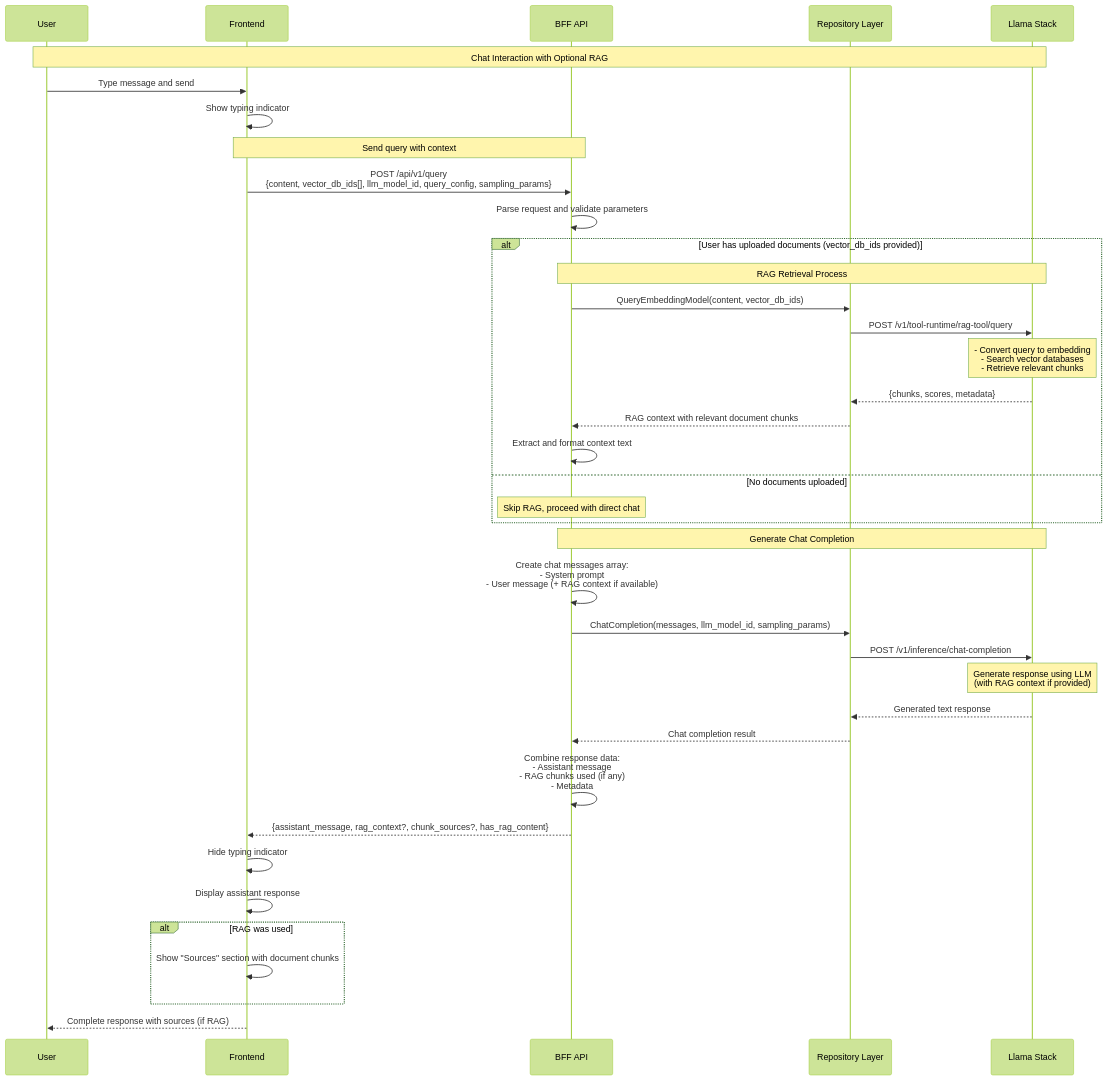
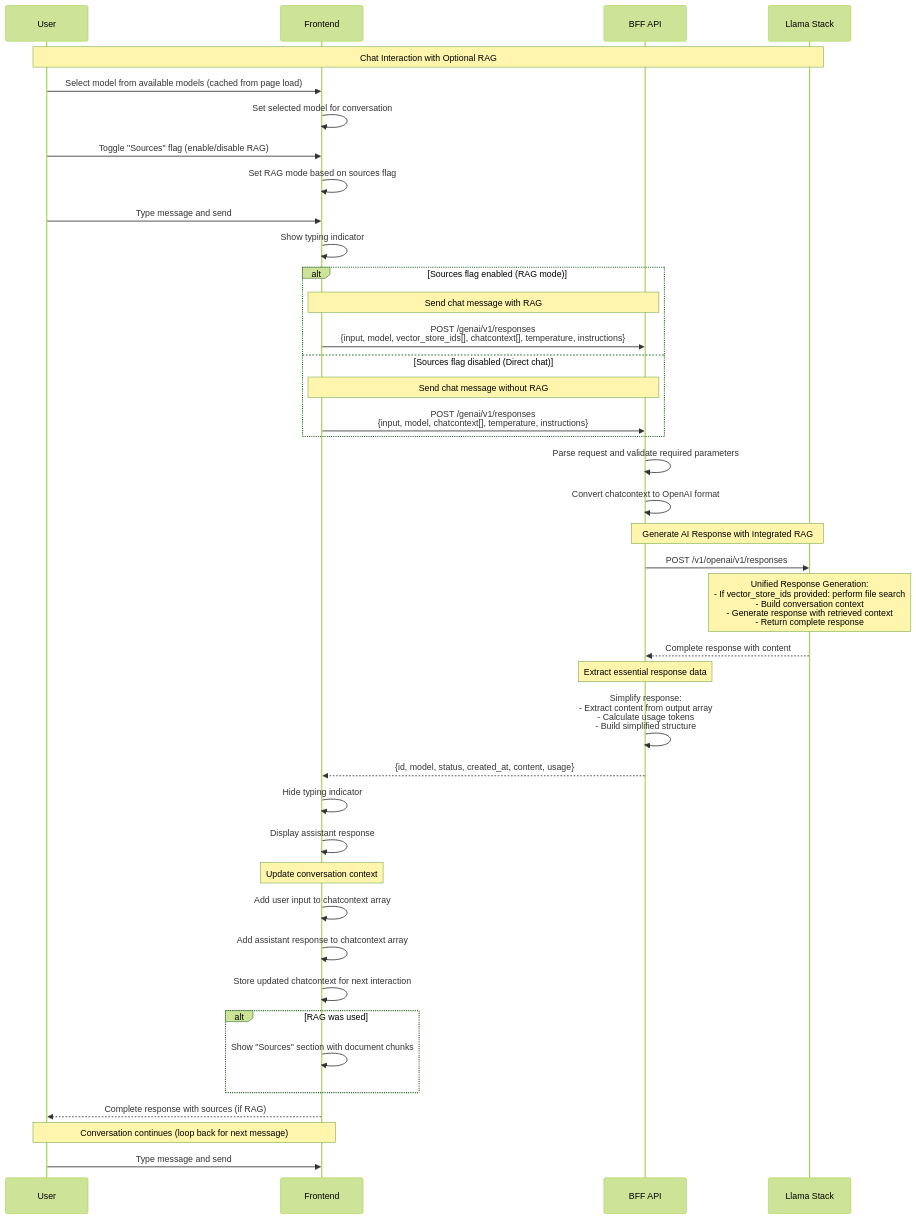
Before and after one commit to opendatahub-io/odh-dashboard: the second of 2 diagrams in frontend/packages/llama-stack-modular-ui/docs/adr/0003-core-user-flows.md, drawn with Mermaid (forest theme). The commit also changed other lines of this file and 2 other files, not shown here.

First line of the commit message:
docs: Update ADR documentation to reflect refactored architecture

````diff
--- a/frontend/packages/llama-stack-modular-ui/docs/adr/0003-core-user-flows.md
+++ b/frontend/packages/llama-stack-modular-ui/docs/adr/0003-core-user-flows.md
@@ -96,50 +95,53 @@
 ```mermaid
 sequenceDiagram
     participant User as User
     participant UI as Frontend
     participant BFF as BFF API
-    participant Repo as Repository Layer
     participant LS as Llama Stack
 
     Note over User,LS: Chat Interaction with Optional RAG
     
+    User->>UI: Select model from available models (cached from page load)
+    UI->>UI: Set selected model for conversation
+    User->>UI: Toggle "Sources" flag (enable/disable RAG)
+    UI->>UI: Set RAG mode based on sources flag
     User->>UI: Type message and send
     UI->>UI: Show typing indicator
     
-         Note over UI,BFF: Send query with context
-     UI->>BFF: POST /api/v1/query<br/>{content, vector_db_ids[], llm_model_id, query_config, sampling_params}
-    
-    BFF->>BFF: Parse request and validate parameters
-    
-    alt User has uploaded documents (vector_db_ids provided)
-        Note over BFF,LS: RAG Retrieval Process
-        BFF->>Repo: QueryEmbeddingModel(content, vector_db_ids)
-        Repo->>LS: POST /v1/tool-runtime/rag-tool/query
-        Note over LS: - Convert query to embedding<br/>- Search vector databases<br/>- Retrieve relevant chunks
-        LS-->>Repo: {chunks, scores, metadata}
-        Repo-->>BFF: RAG context with relevant document chunks
-        BFF->>BFF: Extract and format context text
-    else No documents uploaded
-        Note over BFF: Skip RAG, proceed with direct chat
+    alt Sources flag enabled (RAG mode)
+        Note over UI,BFF: Send chat message with RAG
+        UI->>BFF: POST /genai/v1/responses<br/>{input, model, vector_store_ids[], chatcontext[], temperature, instructions}
+    else Sources flag disabled (Direct chat)
+        Note over UI,BFF: Send chat message without RAG
+        UI->>BFF: POST /genai/v1/responses<br/>{input, model, chatcontext[], temperature, instructions}
     end
     
-    Note over BFF,LS: Generate Chat Completion
-    BFF->>BFF: Create chat messages array:<br/>- System prompt<br/>- User message (+ RAG context if available)
+    BFF->>BFF: Parse request and validate required parameters
+    BFF->>BFF: Convert chatcontext to OpenAI format
     
-    BFF->>Repo: ChatCompletion(messages, llm_model_id, sampling_params)
-    Repo->>LS: POST /v1/inference/chat-completion
-    Note over LS: Generate response using LLM<br/>(with RAG context if provided)
-    LS-->>Repo: Generated text response
-    Repo-->>BFF: Chat completion result
+    Note over BFF,LS: Generate AI Response with Integrated RAG
+    BFF->>LS: POST /v1/openai/v1/responses
+    Note over LS: Unified Response Generation:<br/>- If vector_store_ids provided: perform file search<br/>- Build conversation context<br/>- Generate response with retrieved context<br/>- Return complete response
+    LS-->>BFF: Complete response with content
     
-    BFF->>BFF: Combine response data:<br/>- Assistant message<br/>- RAG chunks used (if any)<br/>- Metadata
+    Note over BFF: Extract essential response data
+    BFF->>BFF: Simplify response:<br/>- Extract content from output array<br/>- Calculate usage tokens<br/>- Build simplified structure
     
-    BFF-->>UI: {assistant_message, rag_context?, chunk_sources?, has_rag_content}
+    BFF-->>UI: {id, model, status, created_at, content, usage}
     
     UI->>UI: Hide typing indicator
     UI->>UI: Display assistant response
+    
+    Note over UI: Update conversation context
+    UI->>UI: Add user input to chatcontext array
+    UI->>UI: Add assistant response to chatcontext array
+    UI->>UI: Store updated chatcontext for next interaction
+    
     alt RAG was used
         UI->>UI: Show "Sources" section with document chunks
     end
     UI-->>User: Complete response with sources (if RAG)
+    
+    Note over User,UI: Conversation continues (loop back for next message)
+    User->>UI: Type message and send
 ```
````
